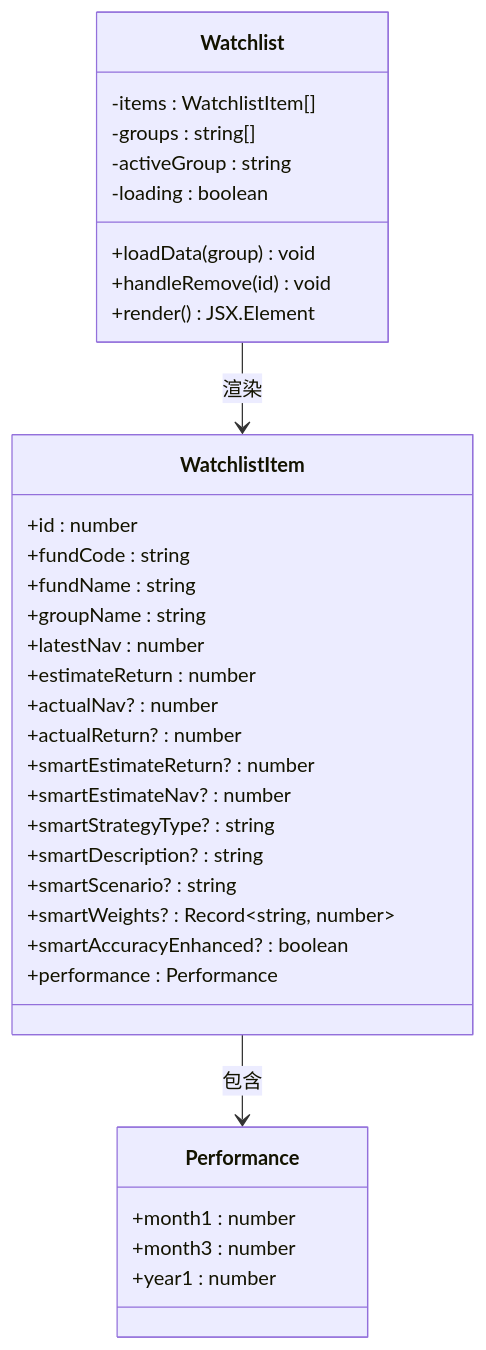
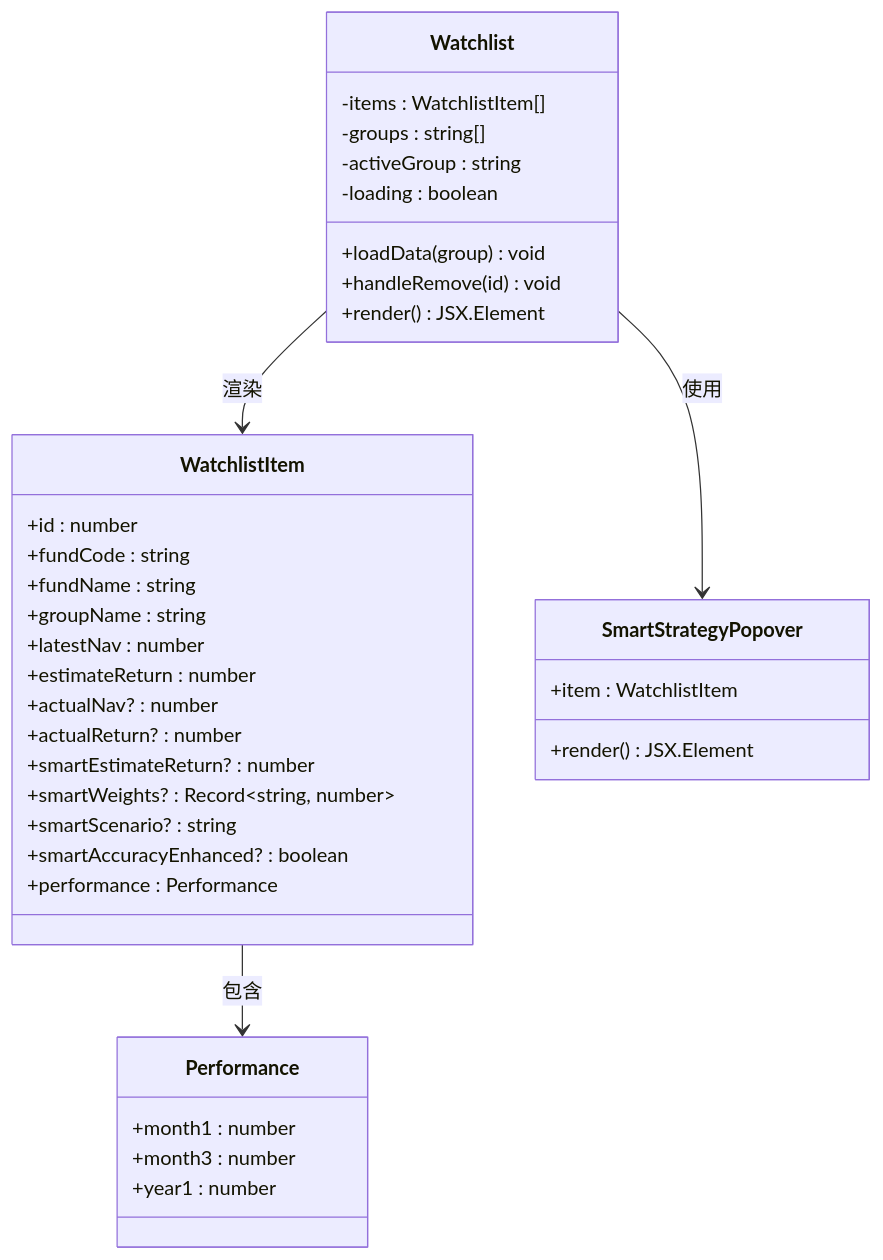
One commit to gree-coder/fund-butler changed the fifth of 10 diagrams in .qoder/repowiki/zh/content/Watchlist Enhancement.md. Above: the diagram before and after it, drawn with Mermaid. The commit also changed other lines of this file and 21 other files, not shown here.

````diff
--- a/.qoder/repowiki/zh/content/Watchlist Enhancement.md
+++ b/.qoder/repowiki/zh/content/Watchlist Enhancement.md
@@ -242,37 +238,39 @@
 ```mermaid
 classDiagram
 class Watchlist {
 -items : WatchlistItem[]
 -groups : string[]
 -activeGroup : string
 -loading : boolean
 +loadData(group) void
 +handleRemove(id) void
 +render() JSX.Element
 }
 class WatchlistItem {
 +id : number
 +fundCode : string
 +fundName : string
 +groupName : string
 +latestNav : number
 +estimateReturn : number
 +actualNav? : number
 +actualReturn? : number
 +smartEstimateReturn? : number
-+smartEstimateNav? : number
-+smartStrategyType? : string
-+smartDescription? : string
++smartWeights? : Record~string, number~
 +smartScenario? : string
-+smartWeights? : Record~string, number~
 +smartAccuracyEnhanced? : boolean
 +performance : Performance
 }
 class Performance {
 +month1 : number
 +month3 : number
 +year1 : number
 }
+class SmartStrategyPopover {
++item : WatchlistItem
++render() JSX.Element
+}
 Watchlist --> WatchlistItem : 渲染
 WatchlistItem --> Performance : 包含
+Watchlist --> SmartStrategyPopover : 使用
 ```
````
